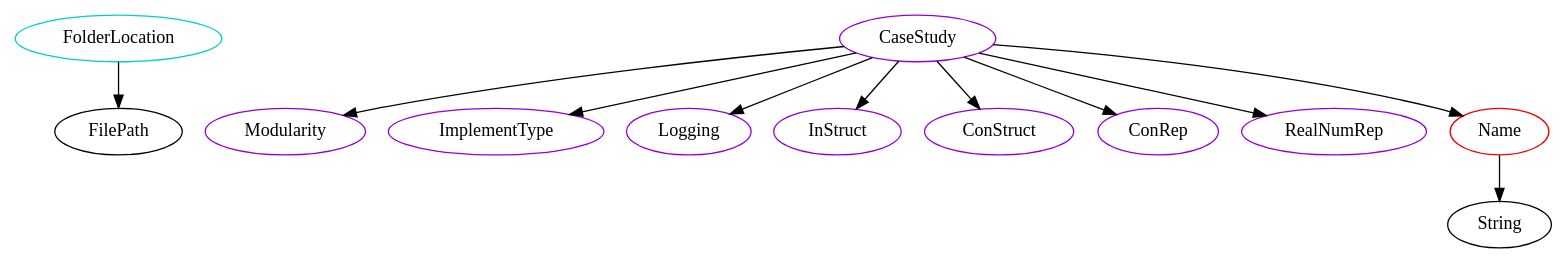
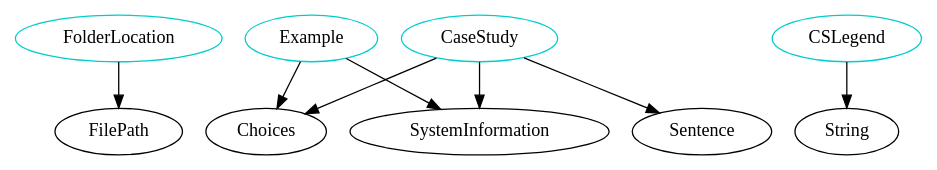
The diagram in analysis/TypeDependencyGraphs/website.dot (JacquesCarette/Drasil), drawn with Graphviz before and after one commit. The commit also changed 754 other files, not shown here.

```diff
--- a/analysis/TypeDependencyGraphs/website.dot
+++ b/analysis/TypeDependencyGraphs/website.dot
@@ -1,58 +1,37 @@
 digraph alltypes {
 	subgraph analyiss {
 	}
 	subgraph body {
 		subgraph folderlocation{
 		FolderLocation -> FilePath;
 		FolderLocation	[shape=oval, color=cyan3, label="FolderLocation"];
 		}
 	}
 	subgraph caestudys {
-		subgraph modularity{
-		Modularity	[shape=oval, color=darkviolet, label="Modularity"];
-		}
-		subgraph implementtype{
-		ImplementType	[shape=oval, color=darkviolet, label="ImplementType"];
-		}
-		subgraph logging{
-		Logging	[shape=oval, color=darkviolet, label="Logging"];
-		}
-		subgraph instruct{
-		InStruct	[shape=oval, color=darkviolet, label="InStruct"];
-		}
-		subgraph construct{
-		ConStruct	[shape=oval, color=darkviolet, label="ConStruct"];
-		}
-		subgraph conrep{
-		ConRep	[shape=oval, color=darkviolet, label="ConRep"];
-		}
-		subgraph realnumrep{
-		RealNumRep	[shape=oval, color=darkviolet, label="RealNumRep"];
+		subgraph example{
+		Example -> SystemInformation;
+		Example -> Choices;
+		Example	[shape=oval, color=cyan3, label="Example"];
 		}
 		subgraph casestudy{
-		CaseStudy -> Name;
-		CaseStudy -> Modularity;
-		CaseStudy -> ImplementType;
-		CaseStudy -> Logging;
-		CaseStudy -> InStruct;
-		CaseStudy -> ConStruct;
-		CaseStudy -> ConRep;
-		CaseStudy -> RealNumRep;
-		CaseStudy	[shape=oval, color=darkviolet, label="CaseStudy"];
+		CaseStudy -> SystemInformation;
+		CaseStudy -> Sentence;
+		CaseStudy -> Choices;
+		CaseStudy	[shape=oval, color=cyan3, label="CaseStudy"];
 		}
-		subgraph name{
-		Name -> String;
-		Name	[shape=oval, color=red2, label="Name"];
+		subgraph cslegend{
+		CSLegend -> String;
+		CSLegend	[shape=oval, color=cyan3, label="CSLegend"];
 		}
 	}
 	subgraph documentation {
 	}
 	subgraph example {
 	}
 	subgraph graphs {
 	}
 	subgraph introduction {
 	}
 	subgraph main {
 	}
 }
```
